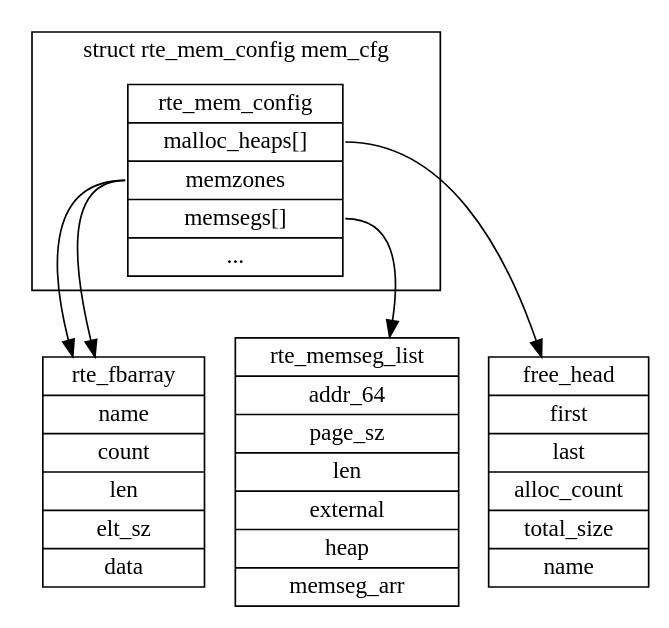
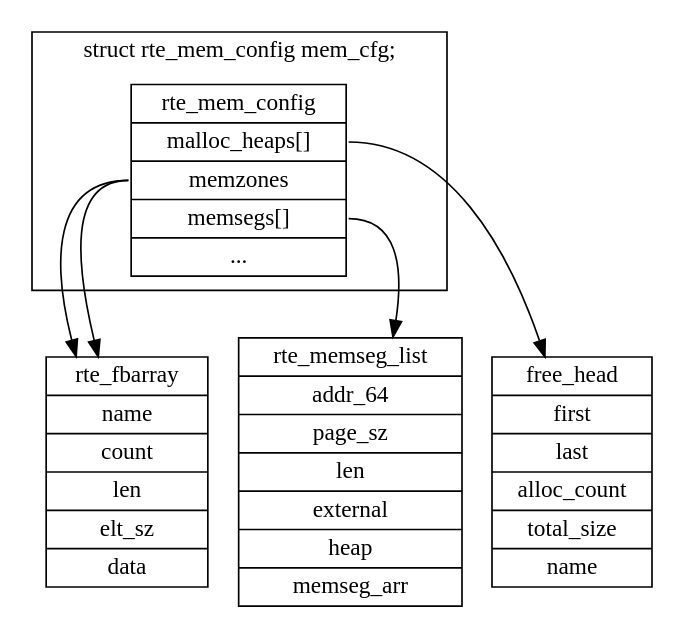
One commit to sisyphus1212/note changed the diagram in dpdk/内存管理.md. Above: the diagram before and after it, drawn with Graphviz.

Commit message:
auto_update

````diff
--- a/dpdk/内存管理.md
+++ b/dpdk/内存管理.md
@@ -16,55 +16,55 @@
 ```graphviz
 digraph {
 	subgraph cluster_mem_cfg {
-		label="struct rte_mem_config mem_cfg";
+		label="struct rte_mem_config mem_cfg;";
 		mem_cfg [
 			label = "{
 			<f0>rte_mem_config|
 			<f1>malloc_heaps[]|
 			<f2>memzones|
 			<f3>memsegs[]|
 			<f4>...
 			}",
 			shape = "record"
 		];
 	}
 	rte_fbarray[
 		label = "{
 		rte_fbarray|
         name|
 		count|
 		len|
 		elt_sz|
 		data
 		}",
 		shape = "record"
 	];
 	rte_memseg_list[
 		label = "{
 		<f0>rte_memseg_list|
 		<f1>addr_64|
 		<f2>page_sz|
 		<f3>len|
 		<f4>external|
 		<f5>heap |
 		<f6>memseg_arr
 		}",
 		shape = "record"
 	];
 	malloc_heap[
 		label = "{
 		free_head|
 		first|
         last|
 		alloc_count|
 		total_size|
 		name
 		}",
 		shape = "record"
 	];
 	mem_cfg :f1 -> malloc_heap
 	mem_cfg :f2 -> rte_fbarray
 	mem_cfg :f3 -> rte_memseg_list
 	mem_cfg :f6 -> rte_fbarray
 }
 ```
````
